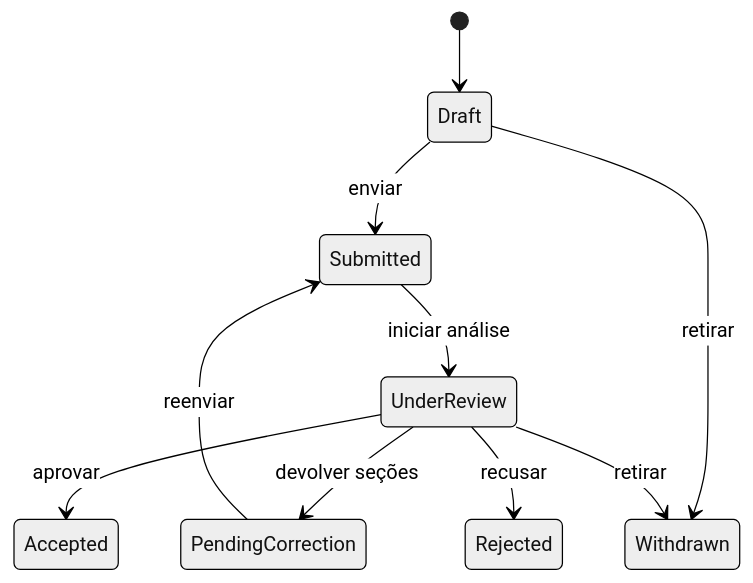
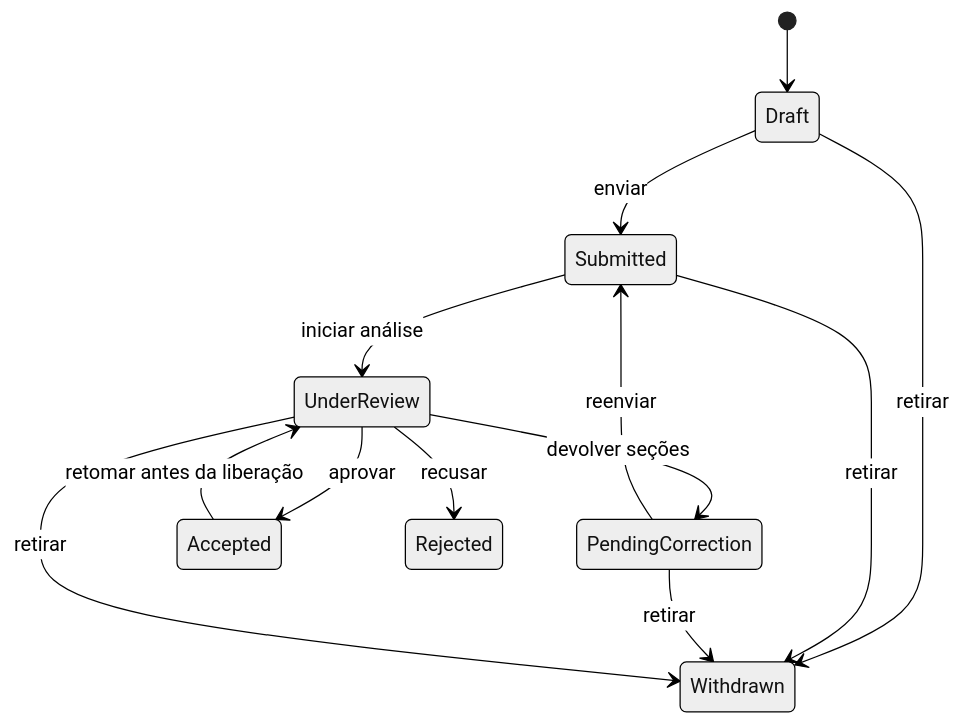
The diagram in docs/diagrams/sources/enum-request-status.mmd (sge-suite/docs), drawn with Mermaid (neutral theme) before and after one commit. The commit also changed 5 other files, not shown here.

```diff
--- a/docs/diagrams/sources/enum-request-status.mmd
+++ b/docs/diagrams/sources/enum-request-status.mmd
@@ -1,10 +1,13 @@
 stateDiagram-v2
     [*] --> Draft
     Draft --> Submitted: enviar
     Submitted --> UnderReview: iniciar análise
     UnderReview --> PendingCorrection: devolver seções
     PendingCorrection --> Submitted: reenviar
     UnderReview --> Accepted: aprovar
+    Accepted --> UnderReview: retomar antes da liberação
     UnderReview --> Rejected: recusar
     Draft --> Withdrawn: retirar
+    Submitted --> Withdrawn: retirar
+    PendingCorrection --> Withdrawn: retirar
     UnderReview --> Withdrawn: retirar
```
